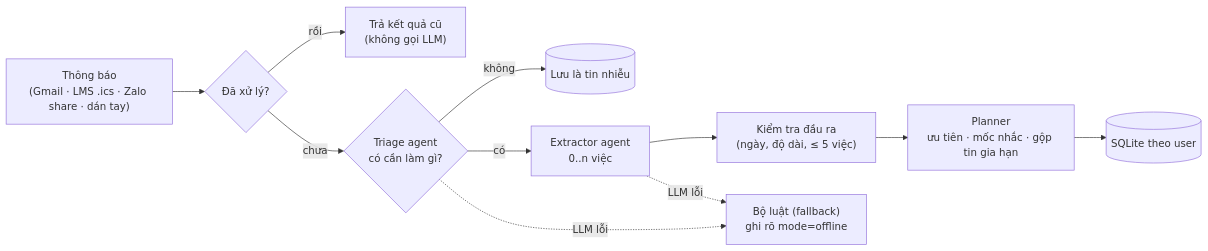
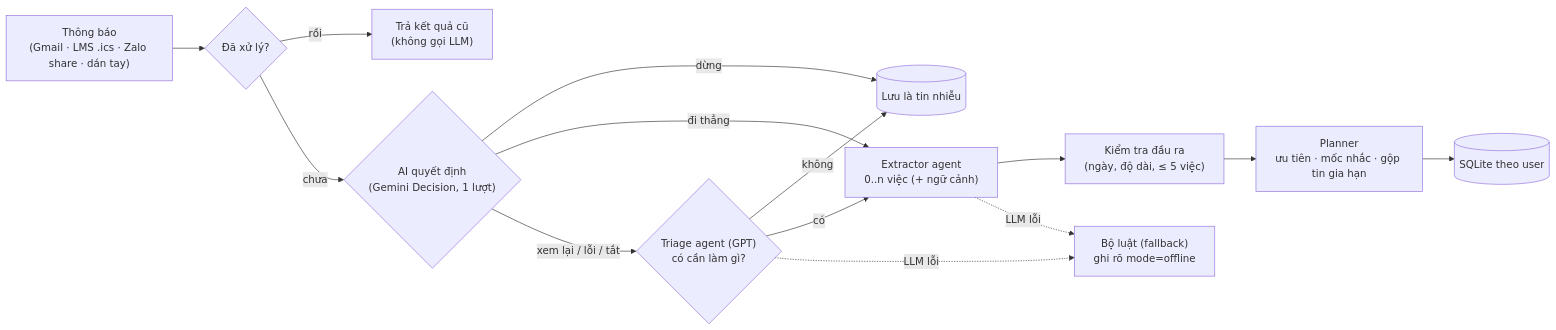
The second of 3 diagrams in docs/ARCHITECTURE.md (muoibuon/mstudent-backend), drawn with Mermaid before and after one commit. The commit also changed other lines of this file and 19 other files, not shown here.

````diff
--- a/docs/ARCHITECTURE.md
+++ b/docs/ARCHITECTURE.md
@@ -52,13 +52,16 @@
 ```mermaid
 flowchart LR
   M["Thông báo<br/>(Gmail · LMS .ics · Zalo share · dán tay)"] --> D{Đã xử lý?}
   D -- rồi --> C["Trả kết quả cũ<br/>(không gọi LLM)"]
-  D -- chưa --> T{"Triage agent<br/>có cần làm gì?"}
-  T -- không --> X[(Lưu là tin nhiễu)]
-  T -- có --> E["Extractor agent<br/>0..n việc"]
+  D -- chưa --> G{"AI quyết định<br/>(Gemini Decision, 1 lượt)"}
+  G -- dừng --> X[(Lưu là tin nhiễu)]
+  G -- đi thẳng --> E["Extractor agent<br/>0..n việc (+ ngữ cảnh)"]
+  G -- xem lại / lỗi / tắt --> T{"Triage agent (GPT)<br/>có cần làm gì?"}
+  T -- không --> X
+  T -- có --> E
   E --> S["Kiểm tra đầu ra<br/>(ngày, độ dài, ≤ 5 việc)"]
   S --> P["Planner<br/>ưu tiên · mốc nhắc · gộp tin gia hạn"]
   P --> DB[(SQLite theo user)]
   T -. LLM lỗi .-> R["Bộ luật (fallback)<br/>ghi rõ mode=offline"]
   E -. LLM lỗi .-> R
 ```
````
